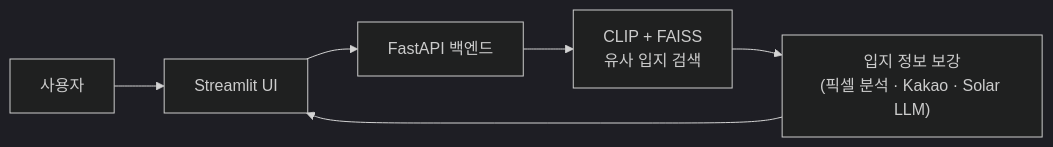
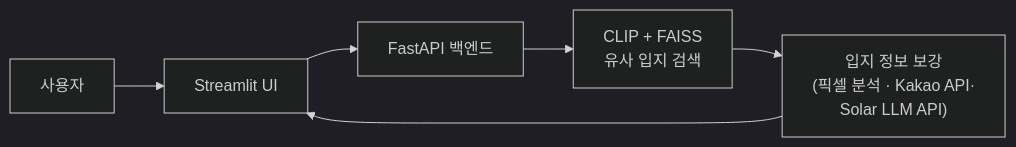
Before and after one commit to SYNAPSE-duksung/AI-Insight-Estate: the diagram in README.md, drawn with Mermaid (dark theme). The commit also changed other lines of this file and 1 other file, not shown here.

````diff
--- a/README.md
+++ b/README.md
@@ -112,8 +66,8 @@
 ```mermaid
 flowchart LR
     U["사용자"] --> S["Streamlit UI"]
     S --> F["FastAPI 백엔드"]
     F --> M["CLIP + FAISS\n유사 입지 검색"]
-    M --> E["입지 정보 보강\n(픽셀 분석 · Kakao · Solar LLM)"]
+    M --> E["입지 정보 보강\n(픽셀 분석 · Kakao API· \n Solar LLM API)"]
     E --> S
 ```
````
